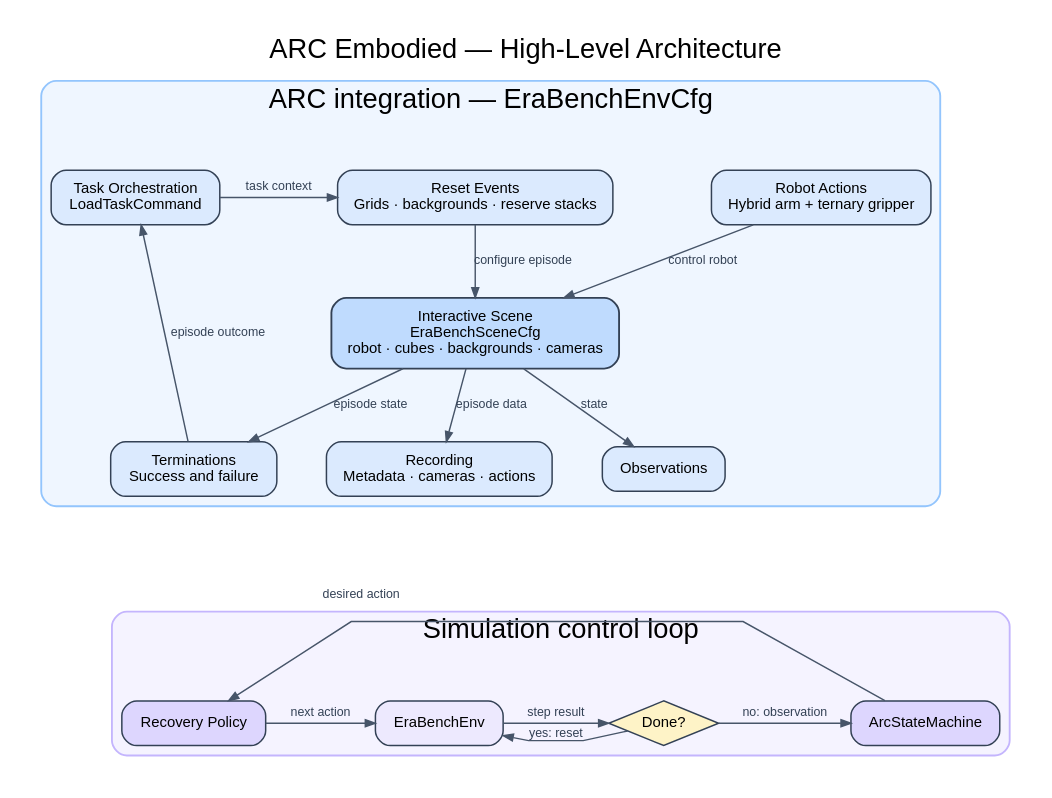
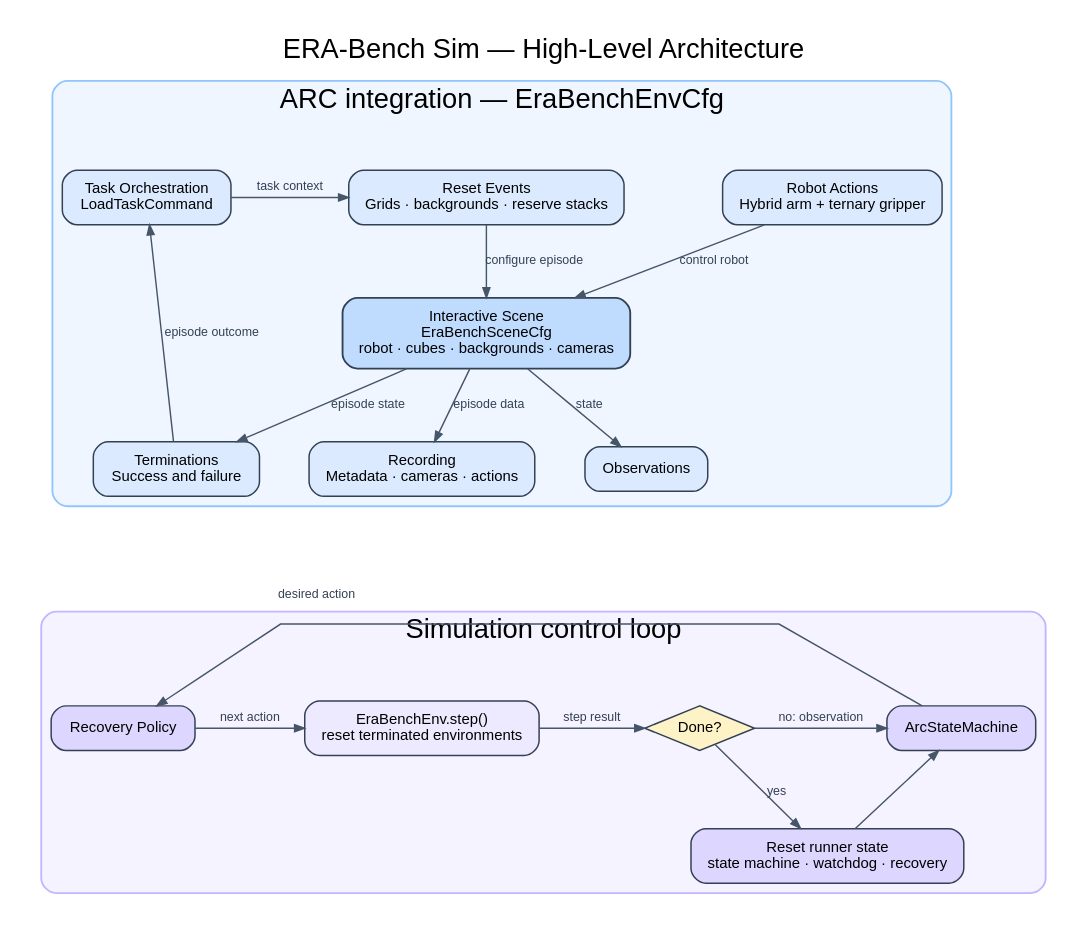
One commit to nardo7/era_bench changed the diagram in source/era_bench/docs/architecture/arc_embodied_architecture.dot. Above: the diagram before and after it, drawn with Graphviz. The commit also changed 35 other files, not shown here.

First line of the commit message:
Calibrate ERA-Bench scene visuals and grid resets (#2)

```diff
--- a/source/era_bench/docs/architecture/arc_embodied_architecture.dot
+++ b/source/era_bench/docs/architecture/arc_embodied_architecture.dot
@@ -1,132 +1,138 @@
 digraph ArcEmbodiedArchitecture {
   graph [
-    label="ARC Embodied — High-Level Architecture",
+    label="ERA-Bench Sim — High-Level Architecture",
     labelloc=t,
     fontsize=22,
     fontname="Arial",
     rankdir=TB,
     bgcolor="white",
     pad=0.25,
     nodesep=0.55,
     ranksep=0.65,
     splines=polyline
   ];
 
   node [
     shape=box,
     style="rounded,filled",
     fontname="Arial",
     fontsize=12,
     color="#334155",
     penwidth=1.2,
     margin="0.20,0.13"
   ];
 
   edge [
     fontname="Arial",
     fontsize=10,
     color="#475569",
     fontcolor="#334155",
     arrowsize=0.8,
     penwidth=1.15
   ];
 
   subgraph cluster_environment_architecture {
     label="ARC integration — EraBenchEnvCfg";
     color="#93C5FD";
     fillcolor="#EFF6FF";
     style="rounded,filled";
     penwidth=1.5;
 
     action [
       label="Robot Actions\nHybrid arm + ternary gripper",
       fillcolor="#DBEAFE"
     ];
 
     task [
       label="Task Orchestration\nLoadTaskCommand",
       fillcolor="#DBEAFE"
     ];
 
     reset [
       label="Reset Events\nGrids · backgrounds · reserve stacks",
       fillcolor="#DBEAFE"
     ];
 
     observations [
       label="Observations",
       fillcolor="#DBEAFE"
     ];
 
     terminations [
       label="Terminations\nSuccess and failure",
       fillcolor="#DBEAFE"
     ];
 
     recording [
       label="Recording\nMetadata · cameras · actions",
       fillcolor="#DBEAFE"
     ];
 
     scene [
       label="Interactive Scene\nEraBenchSceneCfg\nrobot · cubes · backgrounds · cameras",
       fillcolor="#BFDBFE",
       penwidth=1.5
     ];
 
     { rank=same; action; task; reset; }
     { rank=same; observations; terminations; recording; }
 
     task -> reset [label="task context", weight=10];
     reset -> action [style=invis, weight=50];
     reset -> scene [label="configure episode"];
     action -> scene [label="control robot"];
     scene -> observations [label="state"];
     scene -> terminations [label="episode state"];
     terminations -> task [label="episode outcome"];
     scene -> recording [label="episode data"];
   }
 
   subgraph cluster_runtime_loop {
     label="Simulation control loop";
     color="#C4B5FD";
     fillcolor="#F5F3FF";
     style="rounded,filled";
     penwidth=1.5;
 
     environment [
-      label="EraBenchEnv",
+      label="EraBenchEnv.step()\nreset terminated environments",
       fillcolor="#EDE9FE"
     ];
 
     done [
       label="Done?",
       shape=diamond,
       style=filled,
       fillcolor="#FEF3C7",
       margin="0.10,0.06"
     ];
 
     state_machine [
       label="ArcStateMachine",
       fillcolor="#DDD6FE"
     ];
 
+    runner_reset [
+      label="Reset runner state\nstate machine · watchdog · recovery",
+      fillcolor="#DDD6FE"
+    ];
+
     recovery [
       label="Recovery Policy",
       fillcolor="#DDD6FE"
     ];
 
     { rank=same; environment; done; state_machine; recovery; }
 
     environment -> done [label="step result"];
-    done -> environment [label="yes: reset"];
+    done -> runner_reset [label="yes"];
+    runner_reset -> state_machine;
     done -> state_machine [label="no: observation"];
     state_machine -> recovery [label="desired action"];
     recovery -> environment [label="next action"];
   }
 
   observations -> environment [style=invis, weight=100, minlen=2];
   terminations -> environment [style=invis, weight=100, minlen=2];
   recording -> environment [style=invis, weight=100, minlen=2];
 }
```
